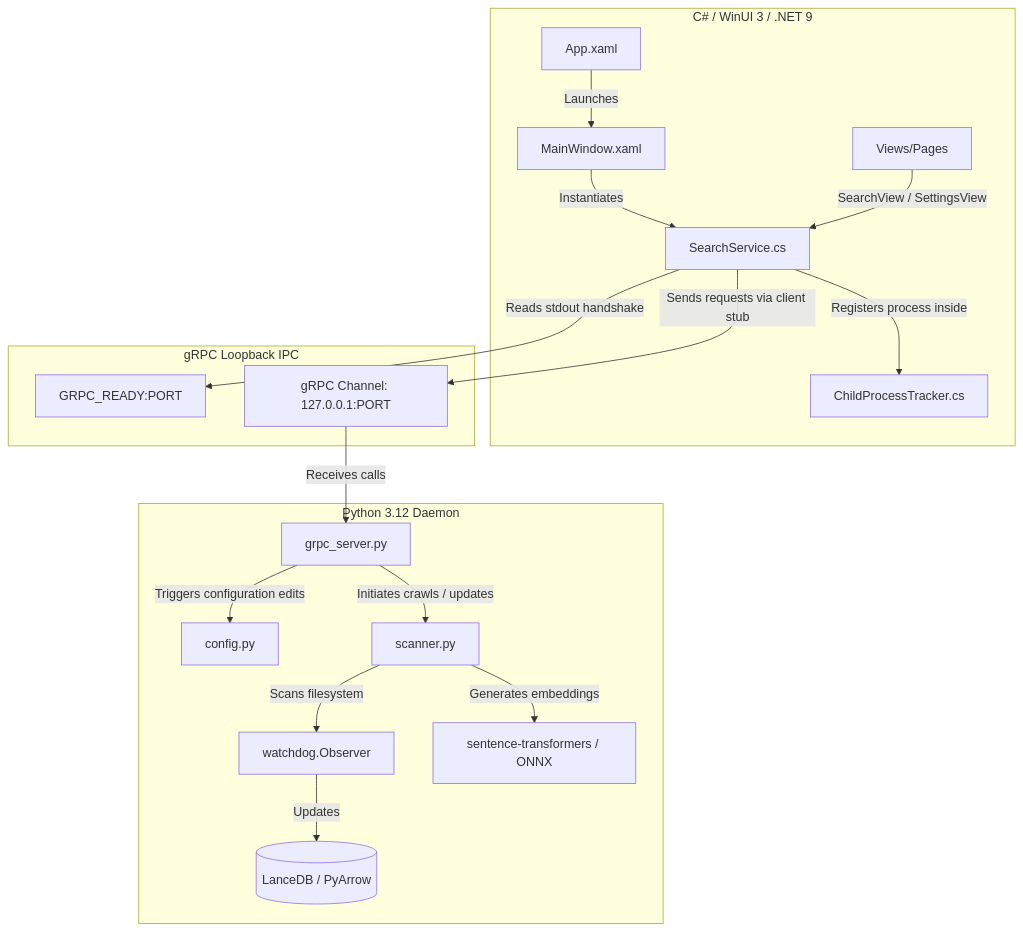
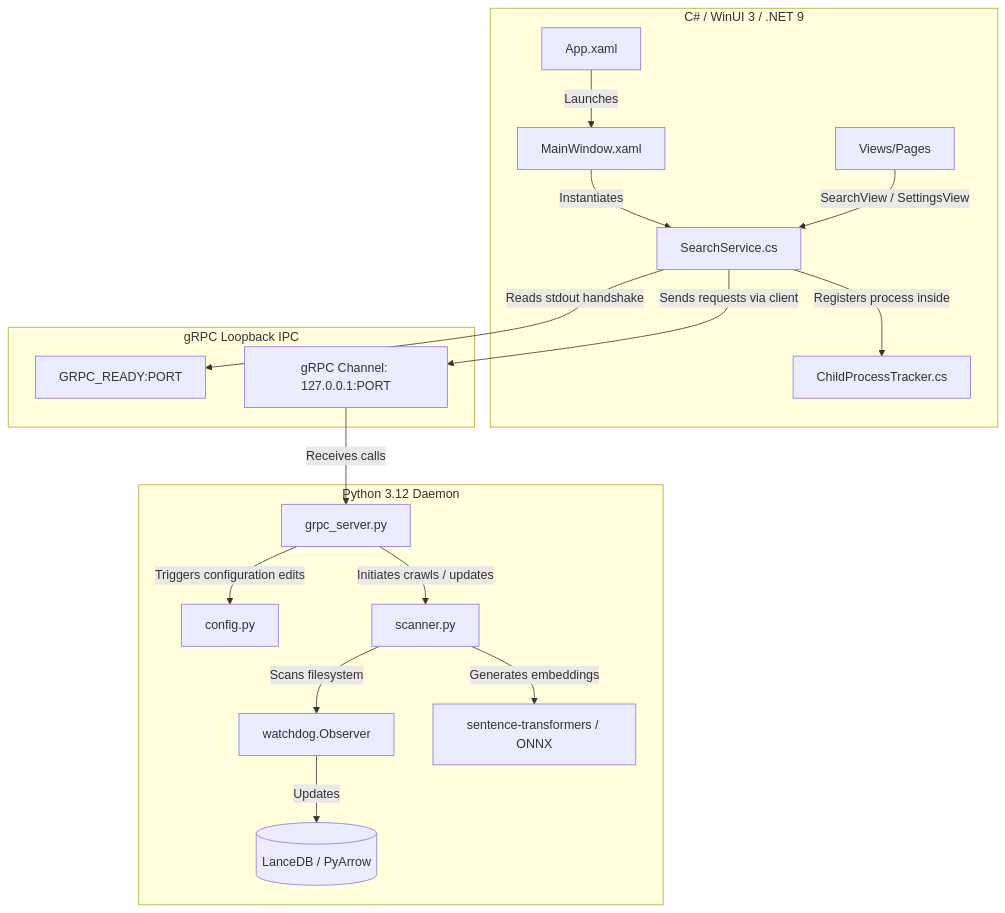
The diagram in README.md (Pikachu-5/local-semantic-file-search), drawn with Mermaid before and after one commit. The commit also changed other lines of this file and 19 other files, not shown here.

````diff
--- a/README.md
+++ b/README.md
@@ -20,29 +20,29 @@
 ```mermaid
 graph TD
     %% Frontend Core
     subgraph Frontend [C# / WinUI 3 / .NET 9]
         App[App.xaml] -->|Launches| MainWindow[MainWindow.xaml]
         MainWindow -->|Instantiates| SearchService[SearchService.cs]
         SearchService -->|Registers process inside| JobObject[ChildProcessTracker.cs]
         
         Views[Views/Pages] -->|SearchView / SettingsView| SearchService
     end
 
     %% IPC Bridge
     subgraph IPC [gRPC Loopback IPC]
         SearchService -->|Reads stdout handshake| PortPort[GRPC_READY:PORT]
-        SearchService -->|Sends requests via client stub| GRPC[gRPC Channel: 127.0.0.1:PORT]
+        SearchService -->|Sends requests via client| GRPC[gRPC Channel: 127.0.0.1:PORT]
     end
 
     %% Backend Daemon
     subgraph Backend [Python 3.12 Daemon]
         GRPC -->|Receives calls| Servicer[grpc_server.py]
         Servicer -->|Triggers configuration edits| Config[config.py]
         Servicer -->|Initiates crawls / updates| Scanner[scanner.py]
         
         Scanner -->|Scans filesystem| Watcher[watchdog.Observer]
         Watcher -->|Updates| DB[(LanceDB / PyArrow)]
         
         Scanner -->|Generates embeddings| Embed[sentence-transformers / ONNX]
     end
 ```
````
